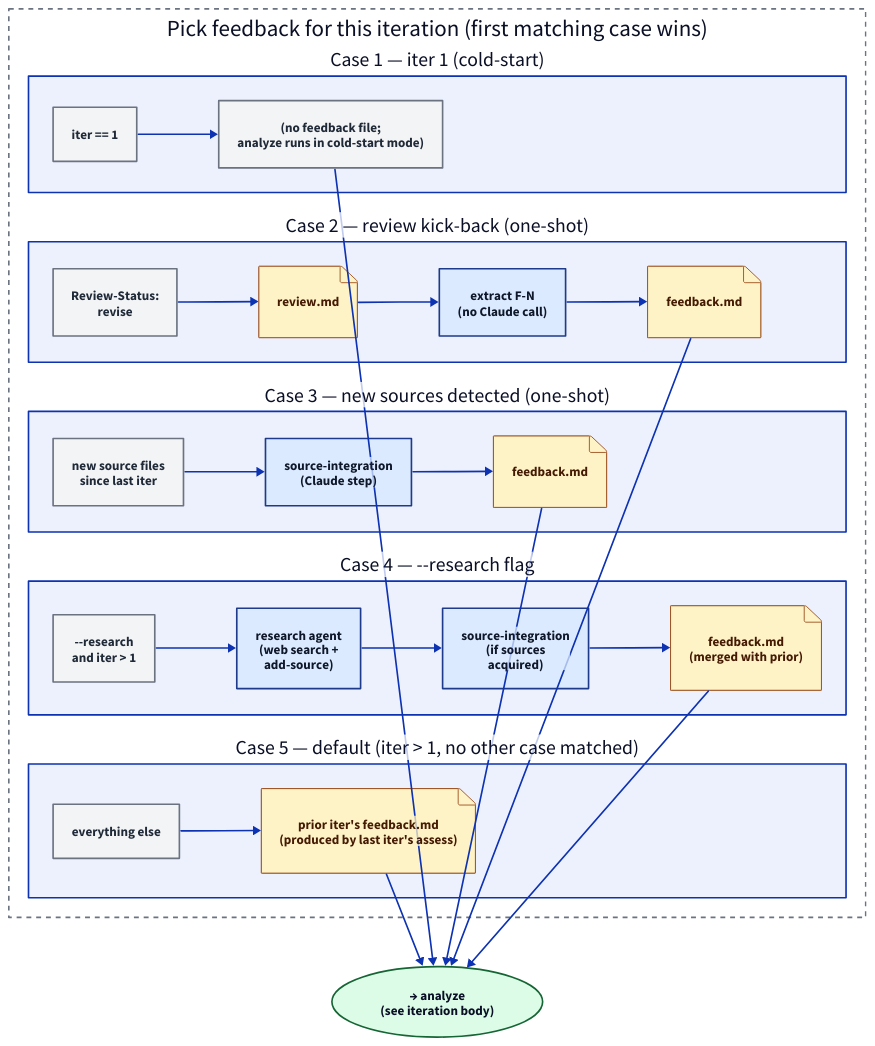
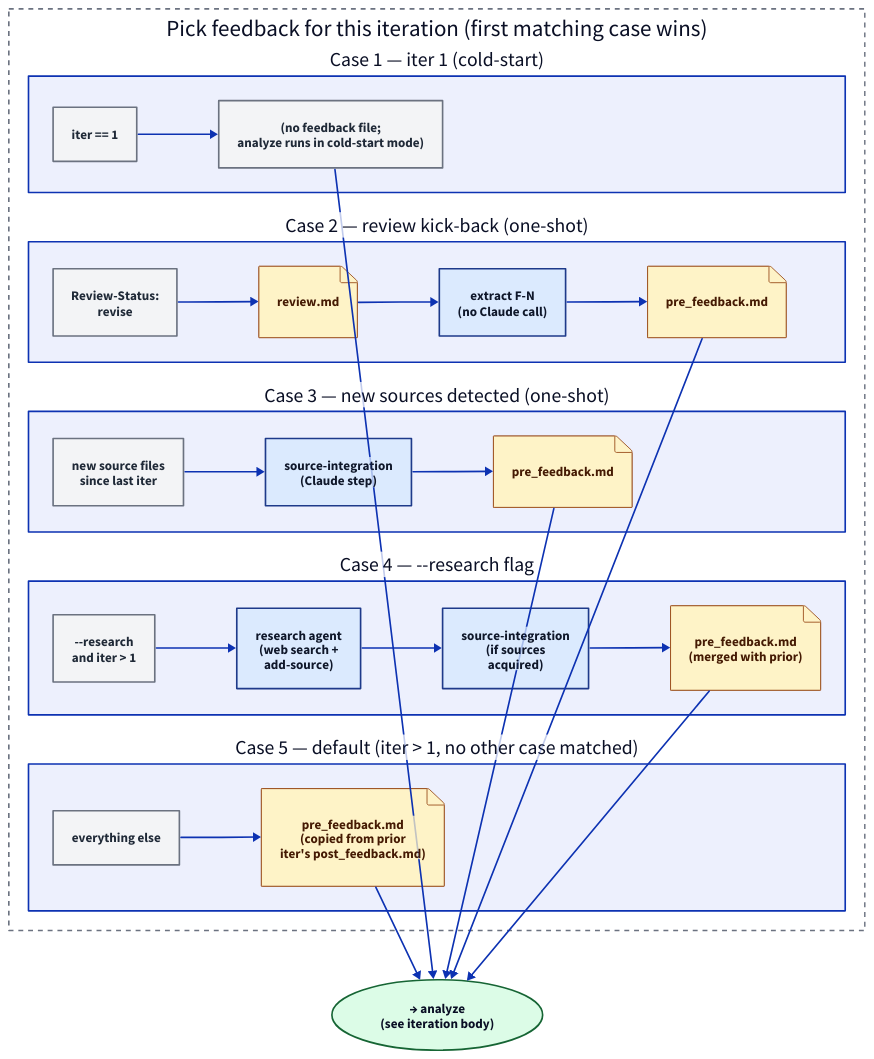
The diagram in docs/concept-pipeline/diagrams/dispatch.d2 (1cFE/fusion-tea), drawn with D2 before and after one commit. The commit also changed 140 other files, not shown here.

```diff
--- a/docs/concept-pipeline/diagrams/dispatch.d2
+++ b/docs/concept-pipeline/diagrams/dispatch.d2
@@ -1,90 +1,89 @@
 direction: right
 
 classes: {
   step: {
     style.fill: "#dbeafe"
     style.stroke: "#1e3a8a"
     style.stroke-width: 2
     style.font-color: "#0f172a"
   }
   artifact: {
     shape: page
     style.fill: "#fef3c7"
     style.stroke: "#92400e"
     style.stroke-width: 1
     style.font-color: "#451a03"
   }
   cond: {
     style.fill: "#f3f4f6"
     style.stroke: "#6b7280"
     style.font-color: "#1f2937"
   }
   out: {
     shape: oval
     style.fill: "#dcfce7"
     style.stroke: "#166534"
   }
 }
 
 # ═══════════════════════════════════════════════════════════════
 # Five cases checked in priority order, first match wins.
-# Some cases run Claude steps to produce feedback.md.
-# Others just point analyze at an existing file.
+# Each non-cold-start case produces iter-N/pre_feedback.md.
 # All paths funnel into "→ analyze" (the iteration body, Diagram 2a).
 # ═══════════════════════════════════════════════════════════════
 
 cases: "Pick feedback for this iteration (first matching case wins)" {
   grid-columns: 1
   grid-gap: 24
   style.fill: "#ffffff"
   style.stroke: "#6b7280"
   style.stroke-dash: 3
 
   c1: "Case 1 — iter 1 (cold-start)" {
     direction: right
     cond: "iter == 1" {class: cond}
     out: "(no feedback file;\nanalyze runs in cold-start mode)" {class: cond}
     cond -> out
   }
 
   c2: "Case 2 — review kick-back (one-shot)" {
     direction: right
     cond: "Review-Status:\nrevise" {class: cond}
     src: "review.md" {class: artifact}
     op: "extract F-N\n(no Claude call)" {class: step}
-    out: "feedback.md" {class: artifact}
+    out: "pre_feedback.md" {class: artifact}
     cond -> src -> op -> out
   }
 
   c3: "Case 3 — new sources detected (one-shot)" {
     direction: right
     cond: "new source files\nsince last iter" {class: cond}
     op: "source-integration\n(Claude step)" {class: step}
-    out: "feedback.md" {class: artifact}
+    out: "pre_feedback.md" {class: artifact}
     cond -> op -> out
   }
 
   c4: "Case 4 — --research flag" {
     direction: right
     cond: "--research\nand iter > 1" {class: cond}
     op1: "research agent\n(web search +\nadd-source)" {class: step}
     op2: "source-integration\n(if sources\nacquired)" {class: step}
-    out: "feedback.md\n(merged with prior)" {class: artifact}
+    out: "pre_feedback.md\n(merged with prior)" {class: artifact}
     cond -> op1 -> op2 -> out
   }
 
   c5: "Case 5 — default (iter > 1, no other case matched)" {
     direction: right
     cond: "everything else" {class: cond}
-    out: "prior iter's feedback.md\n(produced by last iter's assess)" {class: artifact}
+    out: "pre_feedback.md\n(copied from prior\niter's post_feedback.md)" {class: artifact}
     cond -> out
   }
 }
 
 target: "→ analyze\n(see iteration body)" {class: out}
 
 cases.c1.out -> target
 cases.c2.out -> target
 cases.c3.out -> target
 cases.c4.out -> target
 cases.c5.out -> target
```
